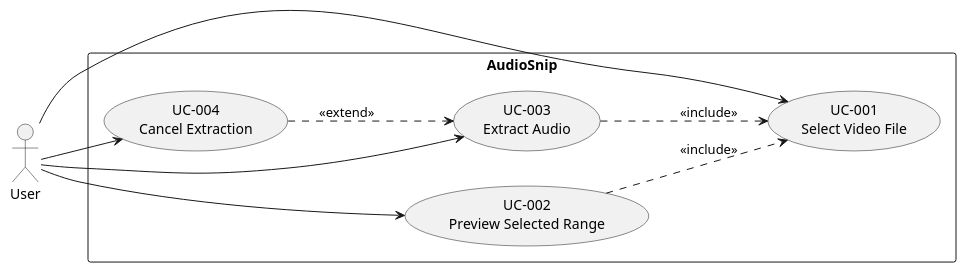
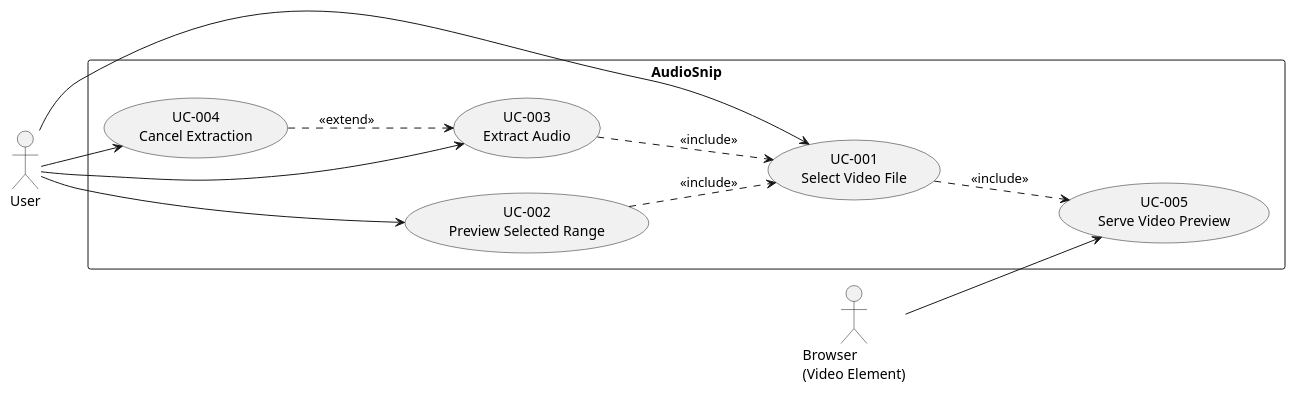
Before and after one commit to nikbucher/audio-extractor: the diagram in docs/use_cases.puml, drawn with PlantUML. The commit also changed 4 other files, not shown here.

```diff
--- a/docs/use_cases.puml
+++ b/docs/use_cases.puml
@@ -1,22 +1,26 @@
 @startuml Use Cases Overview
 left to right direction
 
 actor "User" as user
+actor "Browser\n(Video Element)" as browser
 
 rectangle "AudioSnip" {
     usecase "UC-001\nSelect Video File" as UC001
     usecase "UC-002\nPreview Selected Range" as UC002
     usecase "UC-003\nExtract Audio" as UC003
     usecase "UC-004\nCancel Extraction" as UC004
+    usecase "UC-005\nServe Video Preview" as UC005
 }
 
 user --> UC001
 user --> UC002
 user --> UC003
 user --> UC004
+browser --> UC005
 
 UC002 ..> UC001 : <<include>>
 UC003 ..> UC001 : <<include>>
 UC004 ..> UC003 : <<extend>>
+UC001 ..> UC005 : <<include>>
 
 @enduml
```
